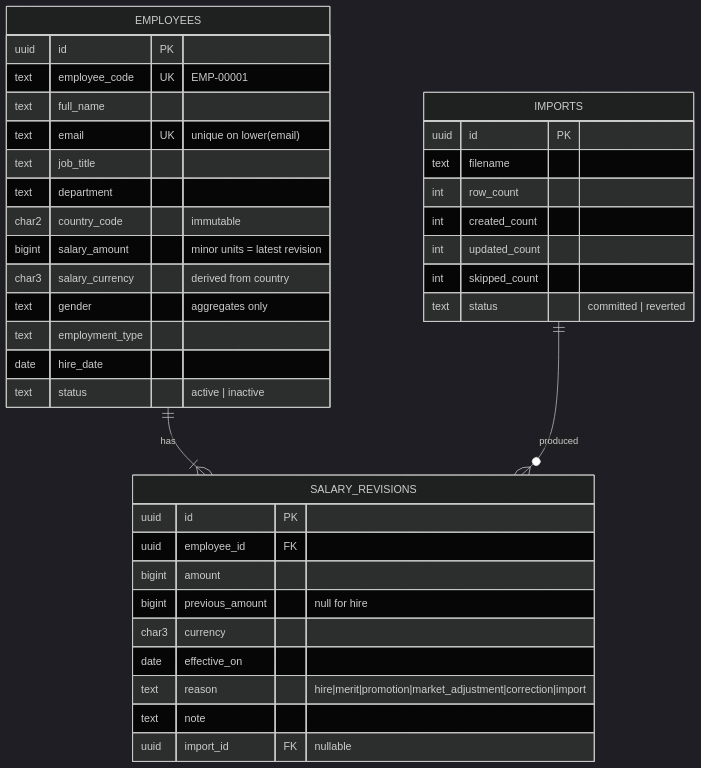
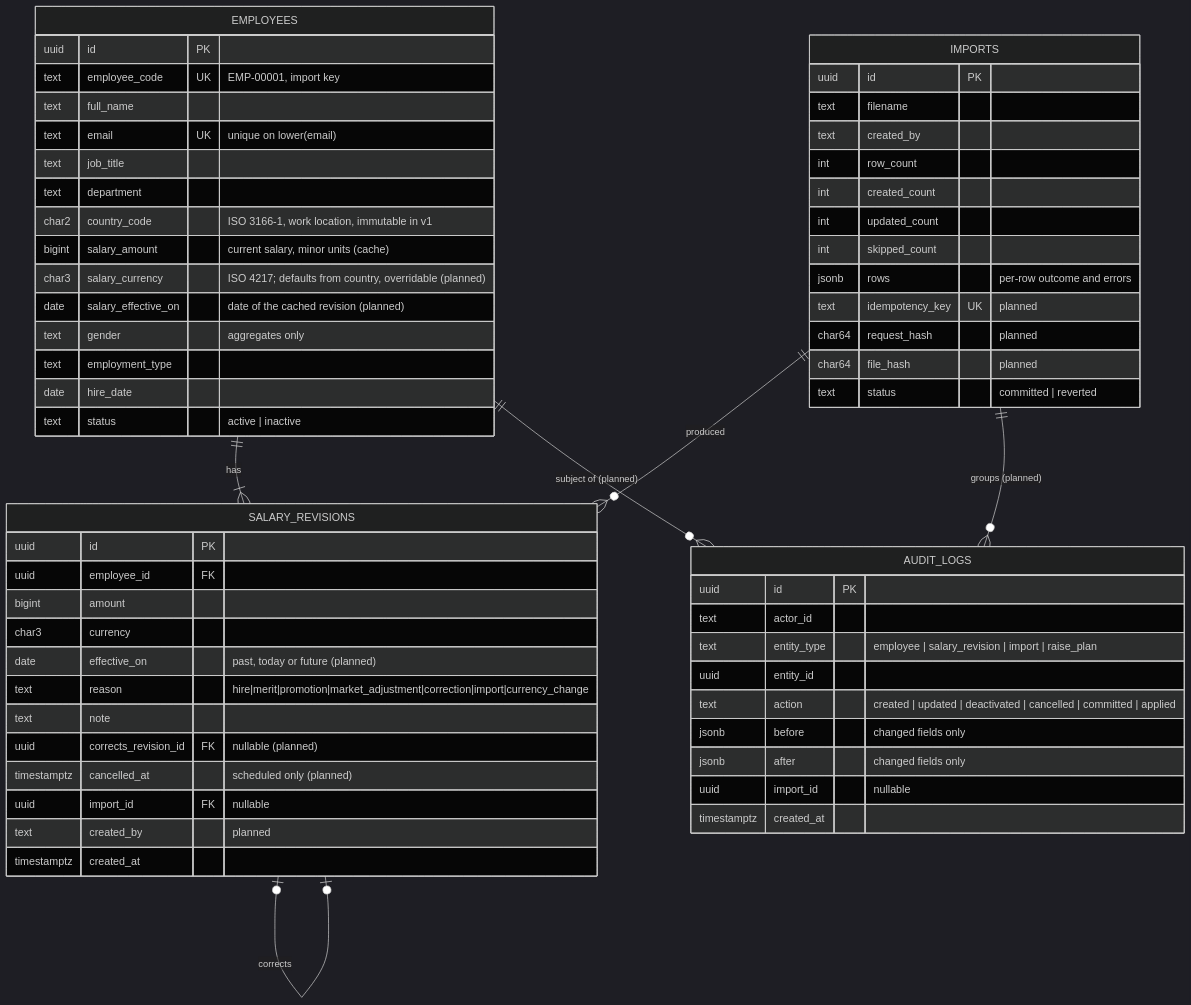
One commit to Sandeep-M23/paywise changed the second of 4 diagrams in docs/DESIGN.md. Above: the diagram before and after it, drawn with Mermaid (dark theme). The commit also changed other lines of this file and 10 other files, not shown here.

First line of the commit message:
docs: revision 2 plan, API contract and security notes

````diff
--- a/docs/DESIGN.md
+++ b/docs/DESIGN.md
@@ -40,40 +44,63 @@
 ```mermaid
 erDiagram
   EMPLOYEES ||--|{ SALARY_REVISIONS : has
+  SALARY_REVISIONS |o--o| SALARY_REVISIONS : corrects
   IMPORTS ||--o{ SALARY_REVISIONS : produced
+  IMPORTS ||--o{ AUDIT_LOGS : "groups (planned)"
+  EMPLOYEES ||--o{ AUDIT_LOGS : "subject of (planned)"
   EMPLOYEES {
     uuid id PK
-    text employee_code UK "EMP-00001"
+    text employee_code UK "EMP-00001, import key"
     text full_name
     text email UK "unique on lower(email)"
     text job_title
     text department
-    char2 country_code "immutable"
-    bigint salary_amount "minor units = latest revision"
-    char3 salary_currency "derived from country"
+    char2 country_code "ISO 3166-1, work location, immutable in v1"
+    bigint salary_amount "current salary, minor units (cache)"
+    char3 salary_currency "ISO 4217; defaults from country, overridable (planned)"
+    date salary_effective_on "date of the cached revision (planned)"
     text gender "aggregates only"
     text employment_type
     date hire_date
     text status "active | inactive"
   }
   SALARY_REVISIONS {
     uuid id PK
     uuid employee_id FK
     bigint amount
-    bigint previous_amount "null for hire"
     char3 currency
-    date effective_on
-    text reason "hire|merit|promotion|market_adjustment|correction|import"
+    date effective_on "past, today or future (planned)"
+    text reason "hire|merit|promotion|market_adjustment|correction|import|currency_change"
     text note
+    uuid corrects_revision_id FK "nullable (planned)"
+    timestamptz cancelled_at "scheduled only (planned)"
     uuid import_id FK "nullable"
+    text created_by "planned"
+    timestamptz created_at
   }
   IMPORTS {
     uuid id PK
     text filename
+    text created_by
     int row_count
     int created_count
     int updated_count
     int skipped_count
+    jsonb rows "per-row outcome and errors"
+    text idempotency_key UK "planned"
+    char64 request_hash "planned"
+    char64 file_hash "planned"
     text status "committed | reverted"
   }
+  AUDIT_LOGS {
+    uuid id PK
+    text actor_id
+    text entity_type "employee | salary_revision | import | raise_plan"
+    uuid entity_id
+    text action "created | updated | deactivated | cancelled | committed | applied"
+    jsonb before "changed fields only"
+    jsonb after "changed fields only"
+    uuid import_id "nullable"
+    timestamptz created_at
+  }
 ```
````
